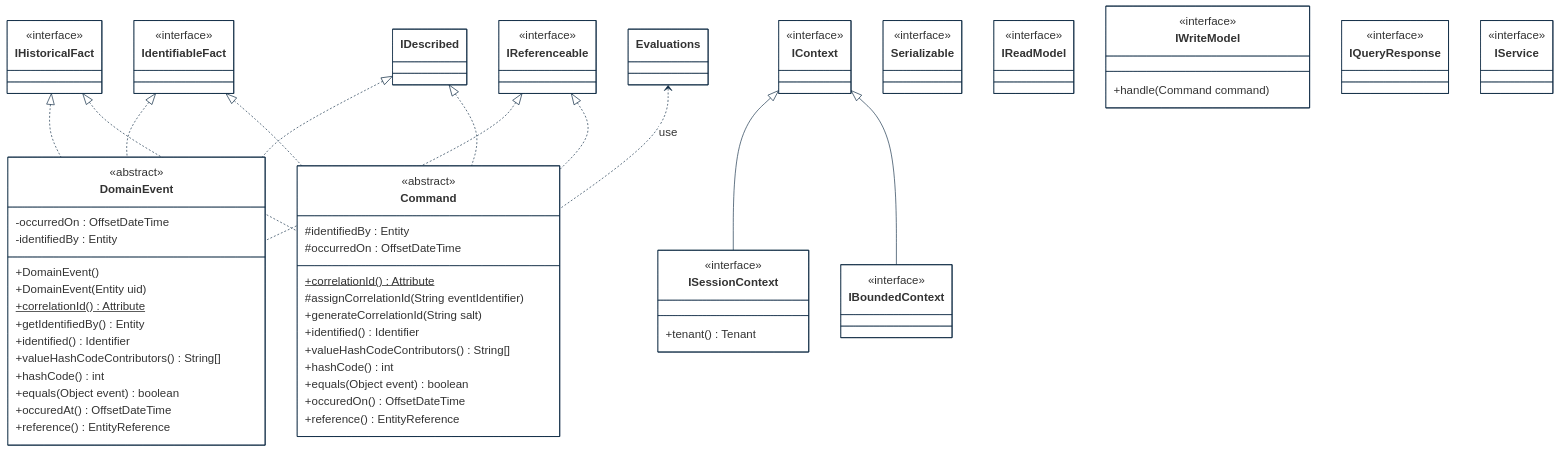
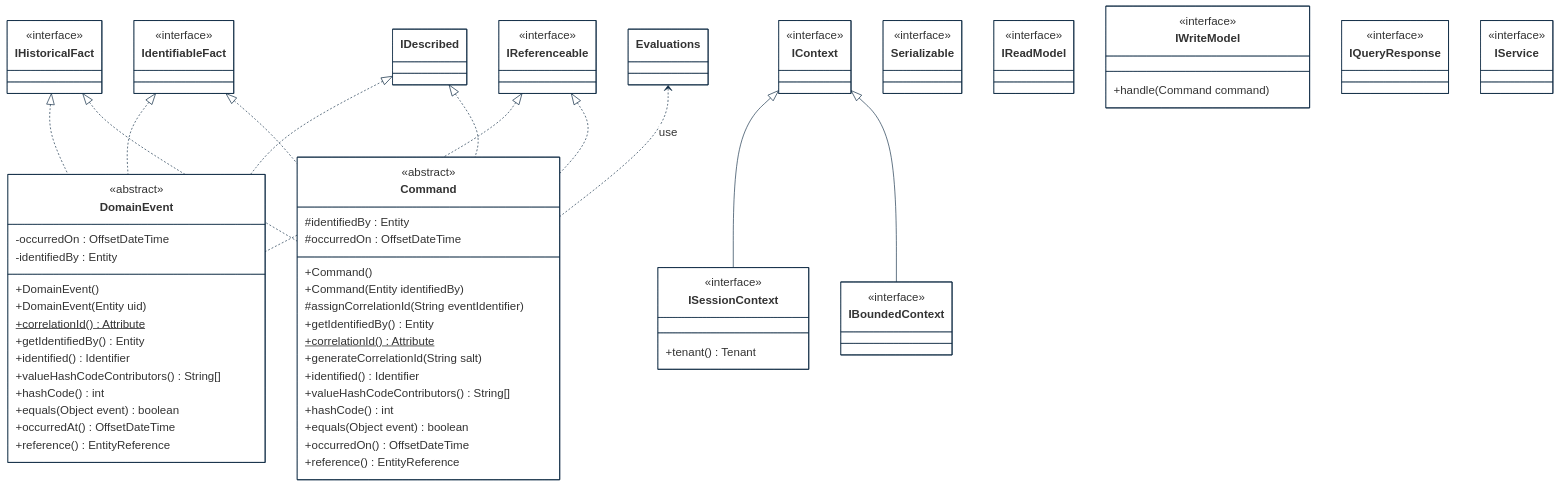
Before and after one commit to cybnity/foundation: the first of 3 diagrams in implementations-line/framework/domain/designview-structure-models.md, drawn with Mermaid. The commit also changed other lines of this file and 16 other files, not shown here.

```diff
--- a/implementations-line/framework/domain/designview-structure-models.md
+++ b/implementations-line/framework/domain/designview-structure-models.md
@@ -75,7 +75,7 @@
         +valueHashCodeContributors() String[]
         +hashCode() int
         +equals(Object event) boolean
-        +occuredAt() OffsetDateTime
+        +occurredAt() OffsetDateTime
         +reference() EntityReference
     }
     class IHistoricalFact {
@@ -104,14 +104,17 @@
         <<abstract>>
         #identifiedBy : Entity
         #occurredOn : OffsetDateTime
+        +Command()
+        +Command(Entity identifiedBy)
+        #assignCorrelationId(String eventIdentifier)
+        +getIdentifiedBy() Entity
         +correlationId()$ Attribute
-        #assignCorrelationId(String eventIdentifier)
         +generateCorrelationId(String salt)
         +identified() Identifier
         +valueHashCodeContributors() String[]
         +hashCode() int
         +equals(Object event) boolean
-        +occuredOn() OffsetDateTime
+        +occurredOn() OffsetDateTime
         +reference() EntityReference
     }
     class IReadModel {
```
